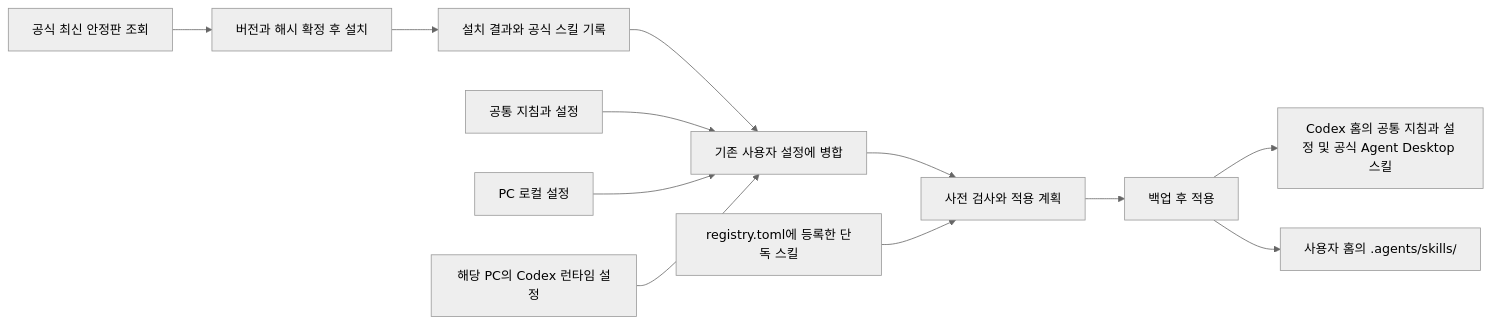
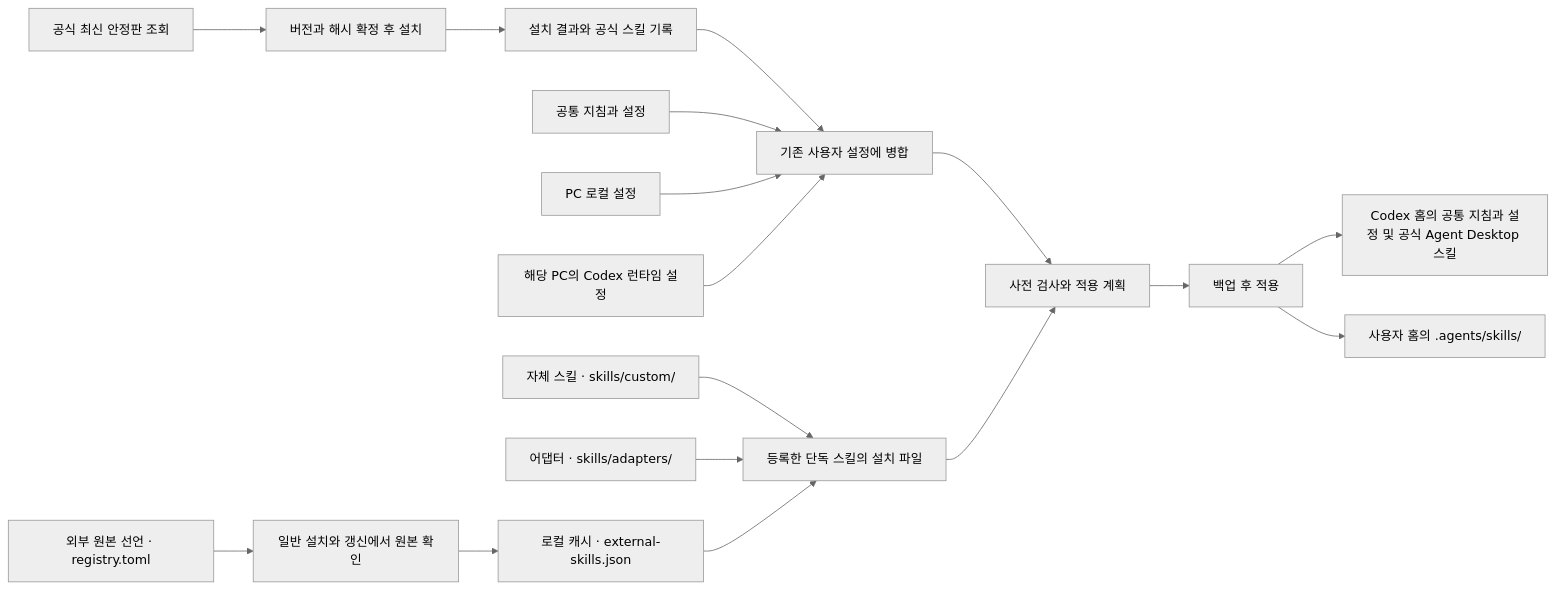
One commit to tttaliesin/personal-harness changed the second of 2 diagrams in README.md. Above: the diagram before and after it, drawn with Mermaid (neutral theme). The commit also changed other lines of this file and 97 other files, not shown here.

Commit message:
Fetch external skills from their registered sources

````diff
--- a/README.md
+++ b/README.md
@@ -181,14 +205,19 @@
 ```mermaid
 flowchart LR
     U[공식 최신 안정판 조회] --> I[버전과 해시 확정 후 설치]
     I --> L[설치 결과와 공식 스킬 기록]
     L --> M[기존 사용자 설정에 병합]
     C[공통 지침과 설정] --> M
     H[PC 로컬 설정] --> M
     R[해당 PC의 Codex 런타임 설정] --> M
     M --> P[사전 검사와 적용 계획]
-    S[registry.toml에 등록한 단독 스킬] --> P
+    SC["자체 스킬 · skills/custom/"] --> S
+    SA["어댑터 · skills/adapters/"] --> S
+    SU["외부 원본 선언 · registry.toml"] --> F["일반 설치와 갱신에서 원본 확인"]
+    F --> E["로컬 캐시 · external-skills.json"]
+    E --> S
+    S[등록한 단독 스킬의 설치 파일] --> P
     P --> A[백업 후 적용]
     A --> O[Codex 홈의 공통 지침과 설정 및 공식 Agent Desktop 스킬]
     A --> D["사용자 홈의 .agents/skills/"]
 ```
````
